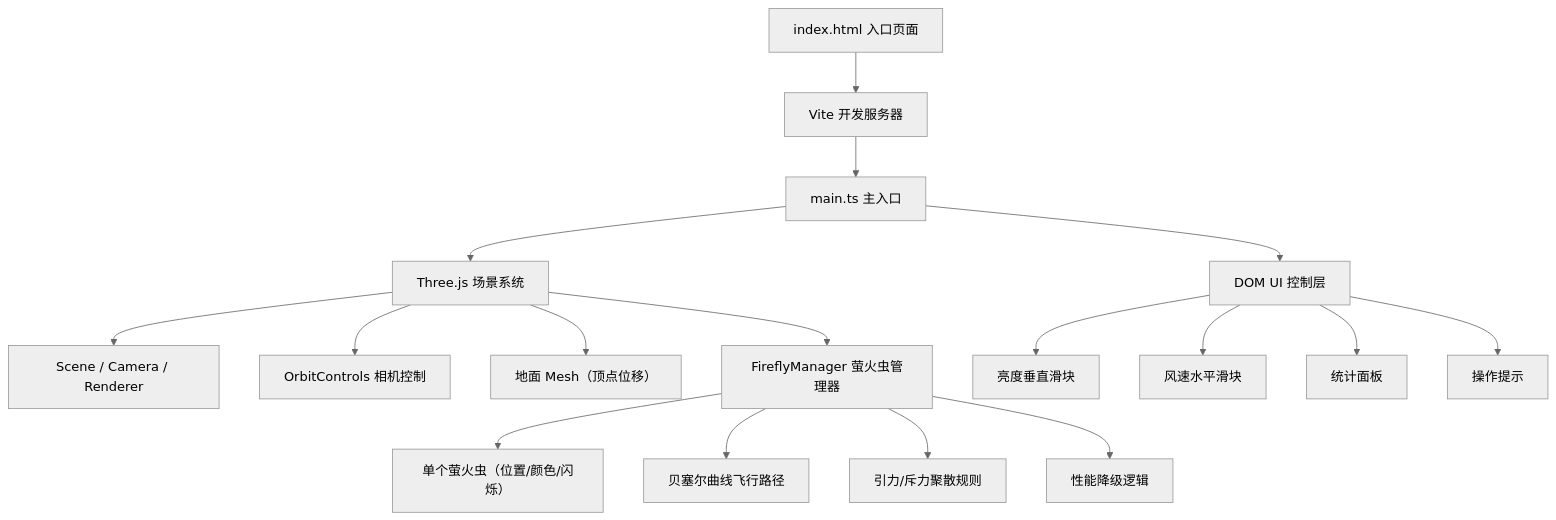
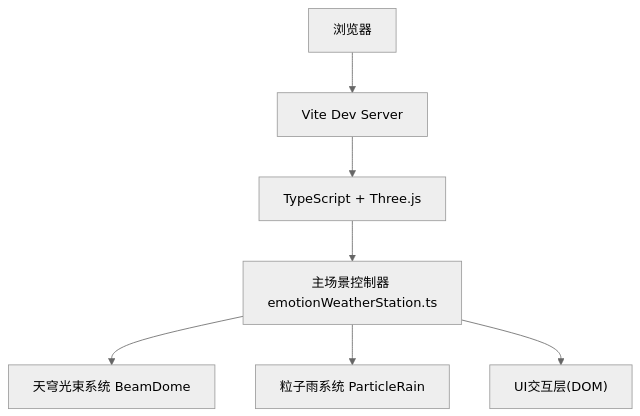
The diagram in cp1_6.9_auto93/.trae/documents/architecture.md (SChen0447/solo), drawn with Mermaid (neutral theme) before and after one commit. The commit also changed other lines of this file and 10 other files, not shown here.

````diff
--- a/cp1_6.9_auto93/.trae/documents/architecture.md
+++ b/cp1_6.9_auto93/.trae/documents/architecture.md
@@ -3,19 +3,9 @@
 ```mermaid
 graph TD
-    A["index.html 入口页面"] --> B["Vite 开发服务器"]
-    B --> C["main.ts 主入口"]
-    C --> D["Three.js 场景系统"]
-    C --> E["DOM UI 控制层"]
-    D --> D1["Scene / Camera / Renderer"]
-    D --> D2["OrbitControls 相机控制"]
-    D --> D3["地面 Mesh（顶点位移）"]
-    D --> D4["FireflyManager 萤火虫管理器"]
-    D4 --> D41["单个萤火虫（位置/颜色/闪烁）"]
-    D4 --> D42["贝塞尔曲线飞行路径"]
-    D4 --> D43["引力/斥力聚散规则"]
-    D4 --> D44["性能降级逻辑"]
-    E --> E1["亮度垂直滑块"]
-    E --> E2["风速水平滑块"]
-    E --> E3["统计面板"]
-    E --> E4["操作提示"]
+    A["浏览器"] --> B["Vite Dev Server"]
+    B --> C["TypeScript + Three.js"]
+    C --> D["主场景控制器 emotionWeatherStation.ts"]
+    D --> E["天穹光束系统 BeamDome"]
+    D --> F["粒子雨系统 ParticleRain"]
+    D --> G["UI交互层(DOM)"]
 ```
````
